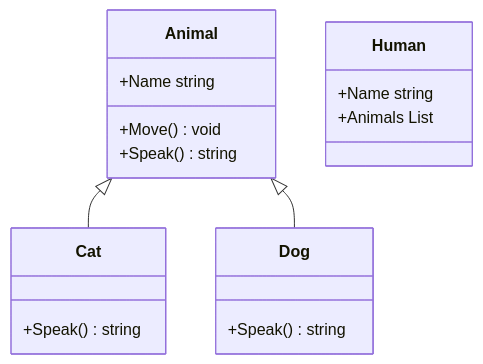
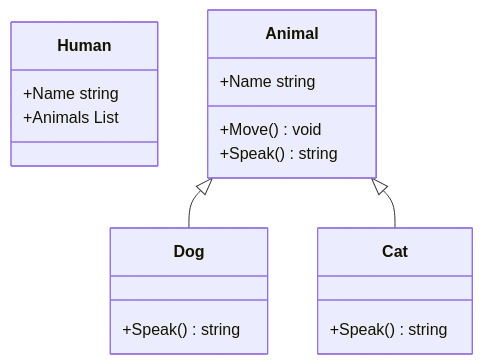
The diagram in UML.md (nurzhanme/SharpmaidGithubActionSample), drawn with Mermaid before and after one commit. The commit also changed other lines of this file, not shown here.

Commit message:
UML generated

````diff
--- a/UML.md
+++ b/UML.md
@@ -1,20 +1,20 @@
 ```mermaid
 classDiagram
+class Human{
++Name string
++Animals List<Animal>
+}
+Animal  <|-- Dog
+class Dog{
++Speak() string
+}
 Animal  <|-- Cat
 class Cat{
 +Speak() string
-}
-class Human{
-+Name string
-+Animals List<Animal>
 }
 class Animal{
 +Name string
 +Move() void
 +Speak() string
 }
-Animal  <|-- Dog
-class Dog{
-+Speak() string
-}
 ```
````
